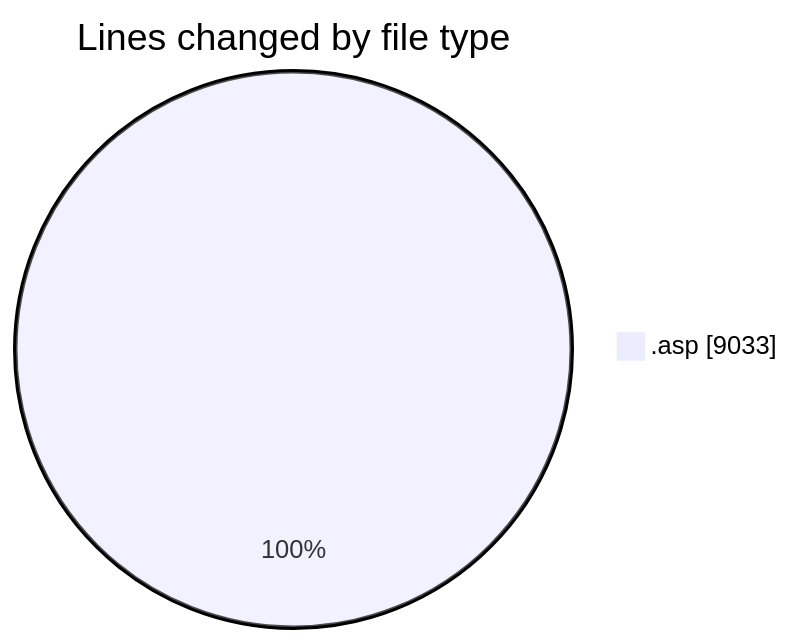
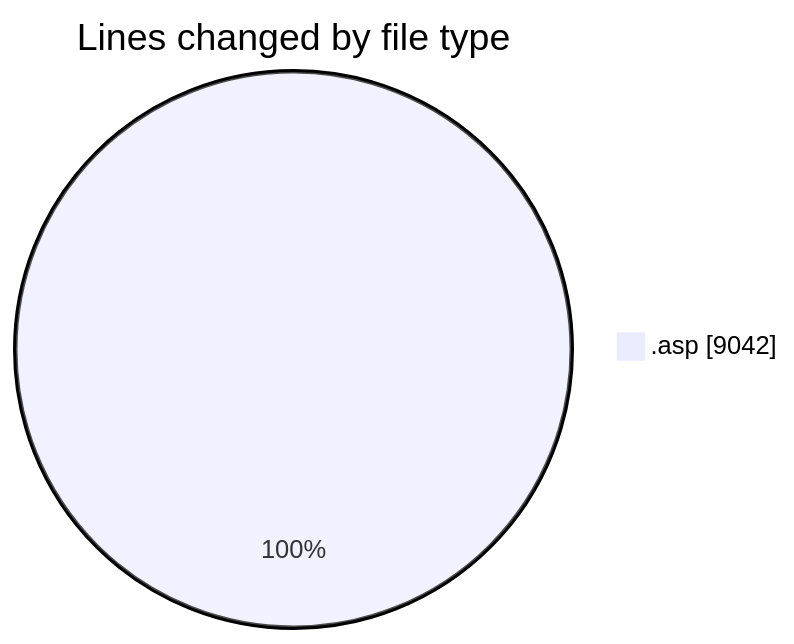
One commit to julien-gomy/code-tracking changed the first of 2 diagrams in 2025-11-27/cdp_aleoudev_fr__workspace_/README.md. Above: the diagram before and after it, drawn with Mermaid. The commit also changed other lines of this file and 1 other file, not shown here.

````diff
--- a/2025-11-27/cdp_aleoudev_fr__workspace_/README.md
+++ b/2025-11-27/cdp_aleoudev_fr__workspace_/README.md
@@ -26,5 +26,5 @@
 ```mermaid
 pie showData
 title Lines changed by file type
-".asp" : 9033
+".asp" : 9042
 ```
````
